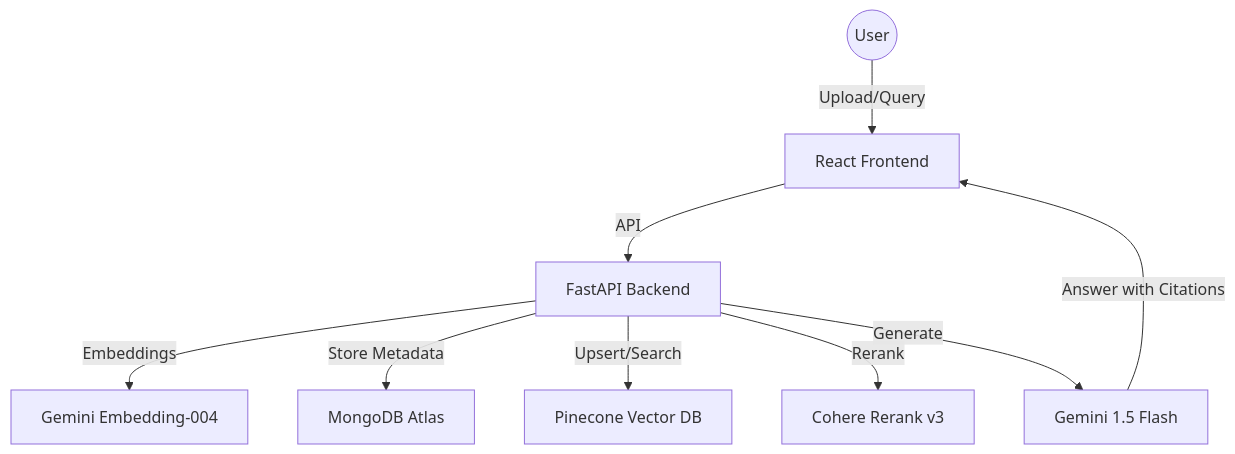
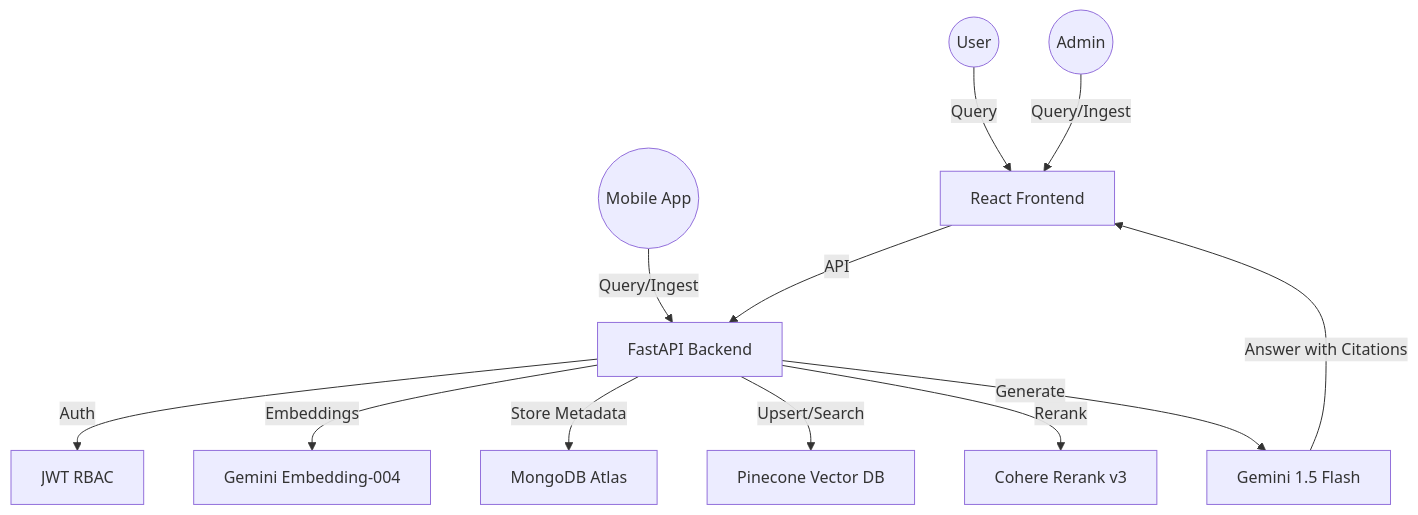
One commit to Varunpratap74358/JD-LLM-RAG-SYSTEM changed the diagram in README.md. Above: the diagram before and after it, drawn with Mermaid. The commit also changed other lines of this file and 66 other files, not shown here.

Commit message:
Mobile app complited and authontication implimented

````diff
--- a/README.md
+++ b/README.md
@@ -7,11 +7,14 @@
 ```mermaid
 graph TD
-    User((User)) -->|Upload/Query| FE[React Frontend]
-    FE -->|API| BE[FastAPI Backend]
+    User((User)) -->|Query| FE[React Frontend]
+    Admin((Admin)) -->|Query/Ingest| FE
+    Mobile((Mobile App)) -->|Query/Ingest| BE[FastAPI Backend]
+    FE -->|API| BE
+    BE -->|Auth| JWT[JWT RBAC]
     BE -->|Embeddings| Gemini[Gemini Embedding-004]
     BE -->|Store Metadata| Mongo[MongoDB Atlas]
     BE -->|Upsert/Search| Pinecone[Pinecone Vector DB]
     BE -->|Rerank| Cohere[Cohere Rerank v3]
     BE -->|Generate| LLM[Gemini 1.5 Flash]
     LLM -->|Answer with Citations| FE
 ```
````
